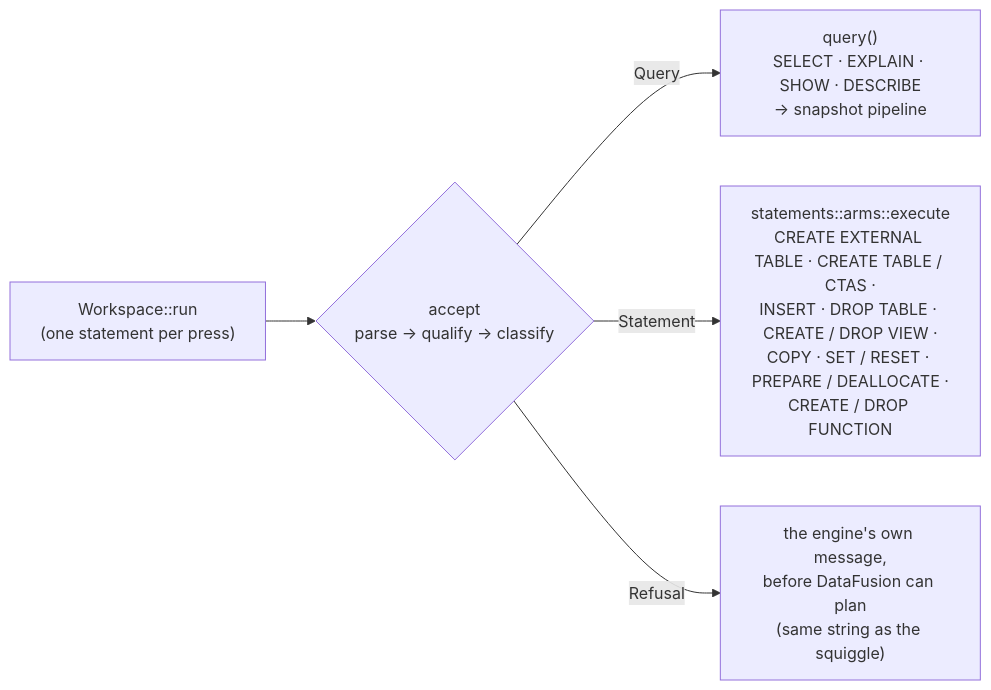
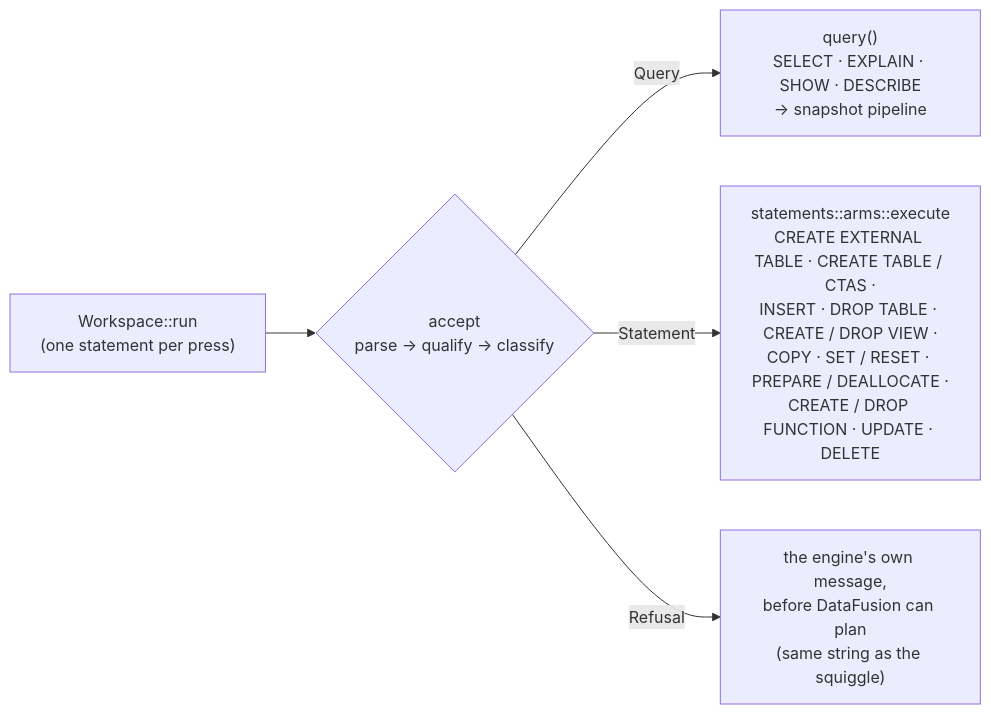
One commit to alexparlett/strata changed the second of 2 diagrams in docs/ARCHITECTURE.md. Above: the diagram before and after it, drawn with Mermaid. The commit also changed other lines of this file and 8 other files, not shown here.

````diff
--- a/docs/ARCHITECTURE.md
+++ b/docs/ARCHITECTURE.md
@@ -126,7 +147,7 @@
 ```mermaid
 flowchart LR
     RUN["Workspace::run<br/>(one statement per press)"] --> C{"accept<br/>parse → qualify → classify"}
     C -->|Query| Q["query()<br/>SELECT · EXPLAIN · SHOW · DESCRIBE<br/>→ snapshot pipeline"]
-    C -->|Statement| I["statements::arms::execute<br/>CREATE EXTERNAL TABLE · CREATE TABLE / CTAS ·<br/>INSERT · DROP TABLE · CREATE / DROP VIEW ·<br/>COPY · SET / RESET · PREPARE / DEALLOCATE ·<br/>CREATE / DROP FUNCTION"]
+    C -->|Statement| I["statements::arms::execute<br/>CREATE EXTERNAL TABLE · CREATE TABLE / CTAS ·<br/>INSERT · DROP TABLE · CREATE / DROP VIEW ·<br/>COPY · SET / RESET · PREPARE / DEALLOCATE ·<br/>CREATE / DROP FUNCTION · UPDATE · DELETE"]
     C -->|Refusal| R["the engine's own message,<br/>before DataFusion can plan<br/>(same string as the squiggle)"]
 ```
````
